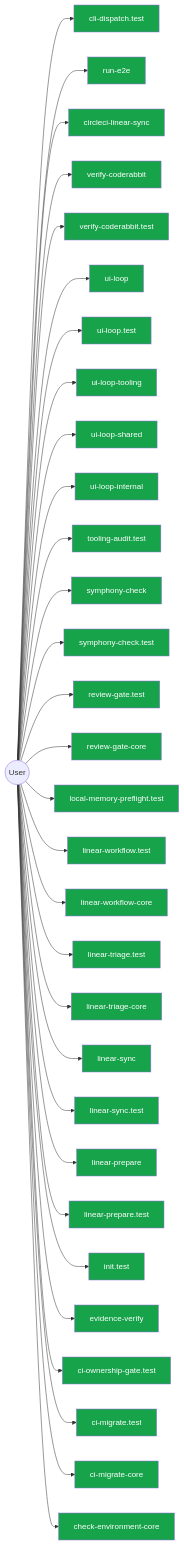
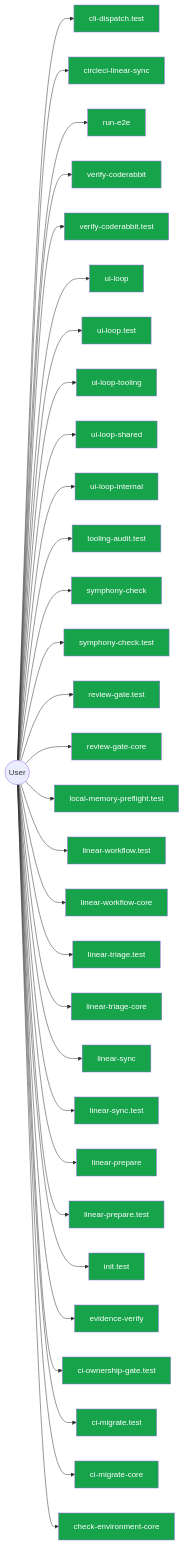
Before and after one commit to jscraik/coding-harness: diagram 14 of 14 in AI/context/diagram-context.md, drawn with Mermaid. The commit also changed other lines of this file and 5 other files, not shown here.

````diff
--- a/AI/context/diagram-context.md
+++ b/AI/context/diagram-context.md
@@ -1966,67 +1972,67 @@
 ```mermaid
 flowchart LR
   User(("User"))
   cli_dispatch_test_54c9f17b["cli-dispatch.test"]
   User --> cli_dispatch_test_54c9f17b
+  circleci_linear_sync_19c0d6da["circleci-linear-sync"]
+  User --> circleci_linear_sync_19c0d6da
   run_e2e_39efe696["run-e2e"]
   User --> run_e2e_39efe696
-  circleci_linear_sync_19c0d6da["circleci-linear-sync"]
-  User --> circleci_linear_sync_19c0d6da
   verify_coderabbit_490b4e71["verify-coderabbit"]
   User --> verify_coderabbit_490b4e71
   verify_coderabbit_test_46cfcf29["verify-coderabbit.test"]
   User --> verify_coderabbit_test_46cfcf29
   ui_loop_11660889["ui-loop"]
   User --> ui_loop_11660889
   ui_loop_test_f0eabc42["ui-loop.test"]
   User --> ui_loop_test_f0eabc42
   ui_loop_tooling_12b2d2c7["ui-loop-tooling"]
   User --> ui_loop_tooling_12b2d2c7
   ui_loop_shared_8c83b841["ui-loop-shared"]
   User --> ui_loop_shared_8c83b841
   ui_loop_internal_f2eb8892["ui-loop-internal"]
   User --> ui_loop_internal_f2eb8892
   tooling_audit_test_d2aee28c["tooling-audit.test"]
   User --> tooling_audit_test_d2aee28c
   symphony_check_e97f2ea0["symphony-check"]
   User --> symphony_check_e97f2ea0
   symphony_check_test_6cb33eb2["symphony-check.test"]
   User --> symphony_check_test_6cb33eb2
   review_gate_test_000e2ed6["review-gate.test"]
   User --> review_gate_test_000e2ed6
   review_gate_core_4c8001f9["review-gate-core"]
   User --> review_gate_core_4c8001f9
   local_memory_preflight_test_5e323bbf["local-memory-preflight.test"]
   User --> local_memory_preflight_test_5e323bbf
   linear_workflow_test_a351dcb0["linear-workflow.test"]
   User --> linear_workflow_test_a351dcb0
   linear_workflow_core_0e19cff4["linear-workflow-core"]
   User --> linear_workflow_core_0e19cff4
   linear_triage_test_1b75a8b8["linear-triage.test"]
   User --> linear_triage_test_1b75a8b8
   linear_triage_core_7cbca73e["linear-triage-core"]
   User --> linear_triage_core_7cbca73e
   linear_sync_a2fa2bf7["linear-sync"]
   User --> linear_sync_a2fa2bf7
   linear_sync_test_da1e1eab["linear-sync.test"]
   User --> linear_sync_test_da1e1eab
   linear_prepare_0c613ba6["linear-prepare"]
   User --> linear_prepare_0c613ba6
   linear_prepare_test_678f11a9["linear-prepare.test"]
   User --> linear_prepare_test_678f11a9
   init_test_cbba76a6["init.test"]
   User --> init_test_cbba76a6
   evidence_verify_3b73c290["evidence-verify"]
   User --> evidence_verify_3b73c290
   ci_ownership_gate_test_7b1c196d["ci-ownership-gate.test"]
   User --> ci_ownership_gate_test_7b1c196d
   ci_migrate_test_2a015bb9["ci-migrate.test"]
   User --> ci_migrate_test_2a015bb9
   ci_migrate_core_7005b5af["ci-migrate-core"]
   User --> ci_migrate_core_7005b5af
   check_environment_core_2c16213f["check-environment-core"]
   User --> check_environment_core_2c16213f
   classDef userNode fill:#16a34a,color:#fff
-  class cli_dispatch_test_54c9f17b,run_e2e_39efe696,circleci_linear_sync_19c0d6da,verify_coderabbit_490b4e71,verify_coderabbit_test_46cfcf29,ui_loop_11660889,ui_loop_test_f0eabc42,ui_loop_tooling_12b2d2c7,ui_loop_shared_8c83b841,ui_loop_internal_f2eb8892,tooling_audit_test_d2aee28c,symphony_check_e97f2ea0,symphony_check_test_6cb33eb2,review_gate_test_000e2ed6,review_gate_core_4c8001f9,local_memory_preflight_test_5e323bbf,linear_workflow_test_a351dcb0,linear_workflow_core_0e19cff4,linear_triage_test_1b75a8b8,linear_triage_core_7cbca73e,linear_sync_a2fa2bf7,linear_sync_test_da1e1eab,linear_prepare_0c613ba6,linear_prepare_test_678f11a9,init_test_cbba76a6,evidence_verify_3b73c290,ci_ownership_gate_test_7b1c196d,ci_migrate_test_2a015bb9,ci_migrate_core_7005b5af,check_environment_core_2c16213f userNode
+  class cli_dispatch_test_54c9f17b,circleci_linear_sync_19c0d6da,run_e2e_39efe696,verify_coderabbit_490b4e71,verify_coderabbit_test_46cfcf29,ui_loop_11660889,ui_loop_test_f0eabc42,ui_loop_tooling_12b2d2c7,ui_loop_shared_8c83b841,ui_loop_internal_f2eb8892,tooling_audit_test_d2aee28c,symphony_check_e97f2ea0,symphony_check_test_6cb33eb2,review_gate_test_000e2ed6,review_gate_core_4c8001f9,local_memory_preflight_test_5e323bbf,linear_workflow_test_a351dcb0,linear_workflow_core_0e19cff4,linear_triage_test_1b75a8b8,linear_triage_core_7cbca73e,linear_sync_a2fa2bf7,linear_sync_test_da1e1eab,linear_prepare_0c613ba6,linear_prepare_test_678f11a9,init_test_cbba76a6,evidence_verify_3b73c290,ci_ownership_gate_test_7b1c196d,ci_migrate_test_2a015bb9,ci_migrate_core_7005b5af,check_environment_core_2c16213f userNode
 
 ```
````
